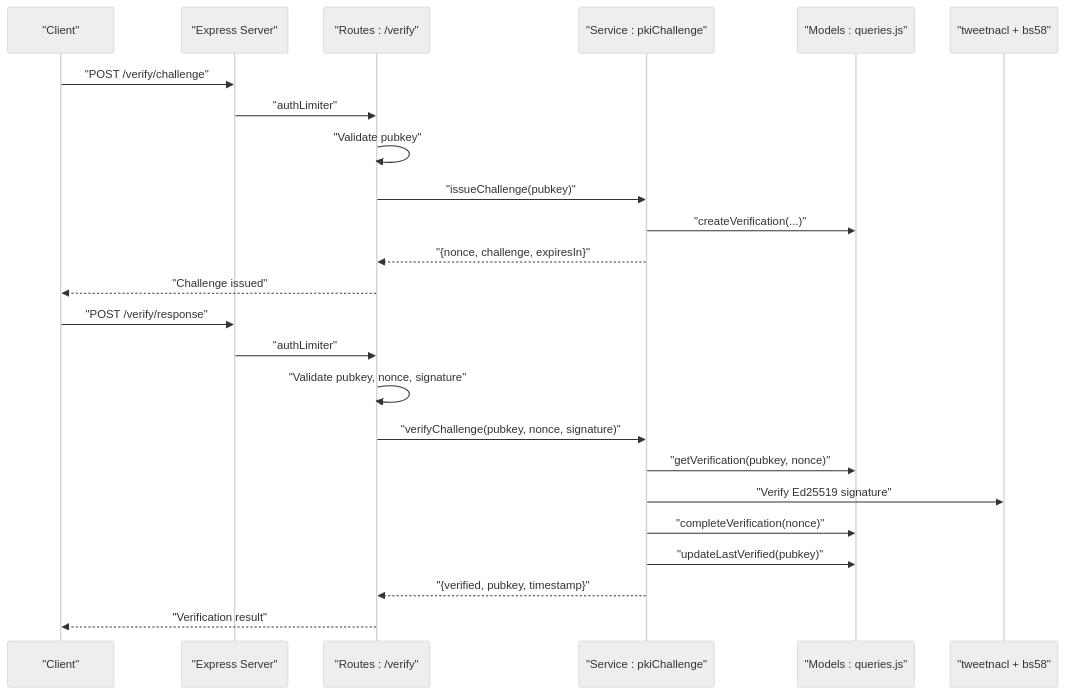
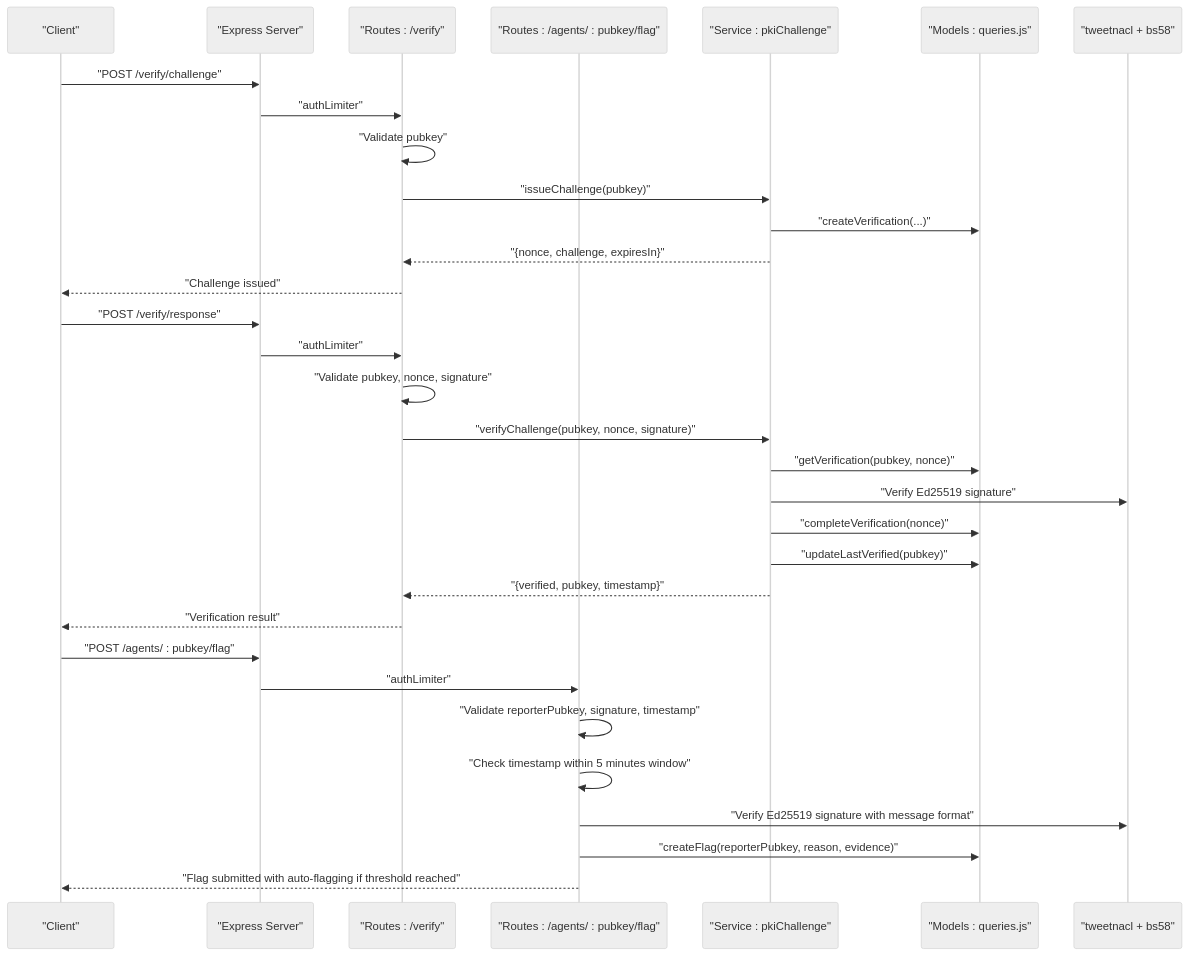
One commit to RunTimeAdmin/AgentID changed the second of 9 diagrams in .qoder/repowiki/en/content/Security Implementation.md. Above: the diagram before and after it, drawn with Mermaid (neutral theme). The commit also changed other lines of this file and 17 other files, not shown here.

````diff
--- a/.qoder/repowiki/en/content/Security Implementation.md
+++ b/.qoder/repowiki/en/content/Security Implementation.md
@@ -129,26 +167,34 @@
 ```mermaid
 sequenceDiagram
 participant Client as "Client"
 participant Server as "Express Server"
 participant VerifyRoute as "Routes : /verify"
+participant AttestationsRoute as "Routes : /agents/ : pubkey/flag"
 participant PKIService as "Service : pkiChallenge"
 participant DB as "Models : queries.js"
 participant Crypto as "tweetnacl + bs58"
 Client->>Server : "POST /verify/challenge"
 Server->>VerifyRoute : "authLimiter"
 VerifyRoute->>VerifyRoute : "Validate pubkey"
 VerifyRoute->>PKIService : "issueChallenge(pubkey)"
 PKIService->>DB : "createVerification(...)"
 PKIService-->>VerifyRoute : "{nonce, challenge, expiresIn}"
 VerifyRoute-->>Client : "Challenge issued"
 Client->>Server : "POST /verify/response"
 Server->>VerifyRoute : "authLimiter"
 VerifyRoute->>VerifyRoute : "Validate pubkey, nonce, signature"
 VerifyRoute->>PKIService : "verifyChallenge(pubkey, nonce, signature)"
 PKIService->>DB : "getVerification(pubkey, nonce)"
 PKIService->>Crypto : "Verify Ed25519 signature"
 PKIService->>DB : "completeVerification(nonce)"
 PKIService->>DB : "updateLastVerified(pubkey)"
 PKIService-->>VerifyRoute : "{verified, pubkey, timestamp}"
 VerifyRoute-->>Client : "Verification result"
+Client->>Server : "POST /agents/ : pubkey/flag"
+Server->>AttestationsRoute : "authLimiter"
+AttestationsRoute->>AttestationsRoute : "Validate reporterPubkey, signature, timestamp"
+AttestationsRoute->>AttestationsRoute : "Check timestamp within 5 minutes window"
+AttestationsRoute->>Crypto : "Verify Ed25519 signature with message format"
+AttestationsRoute->>DB : "createFlag(reporterPubkey, reason, evidence)"
+AttestationsRoute-->>Client : "Flag submitted with auto-flagging if threshold reached"
 ```
````
